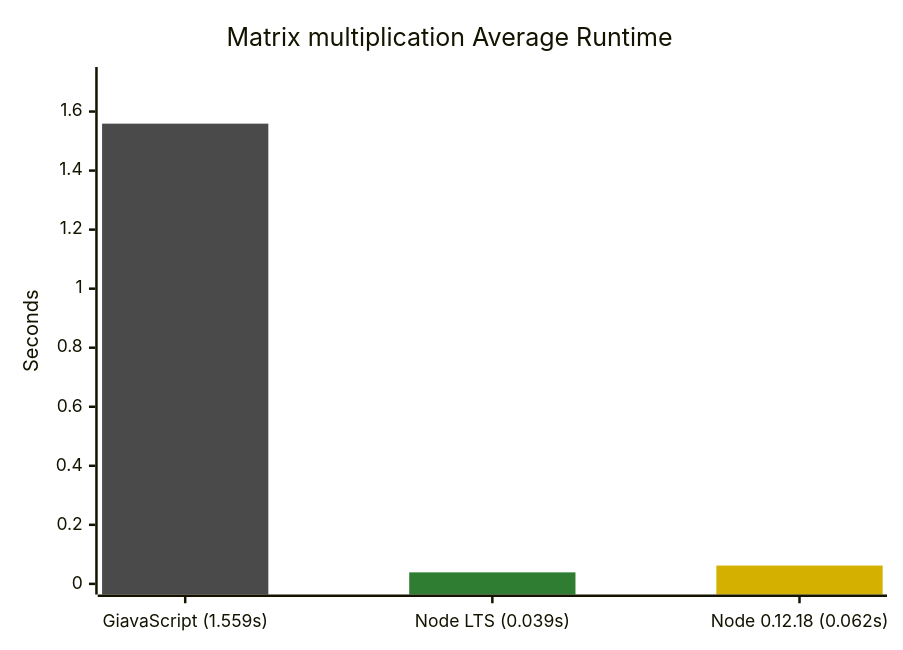
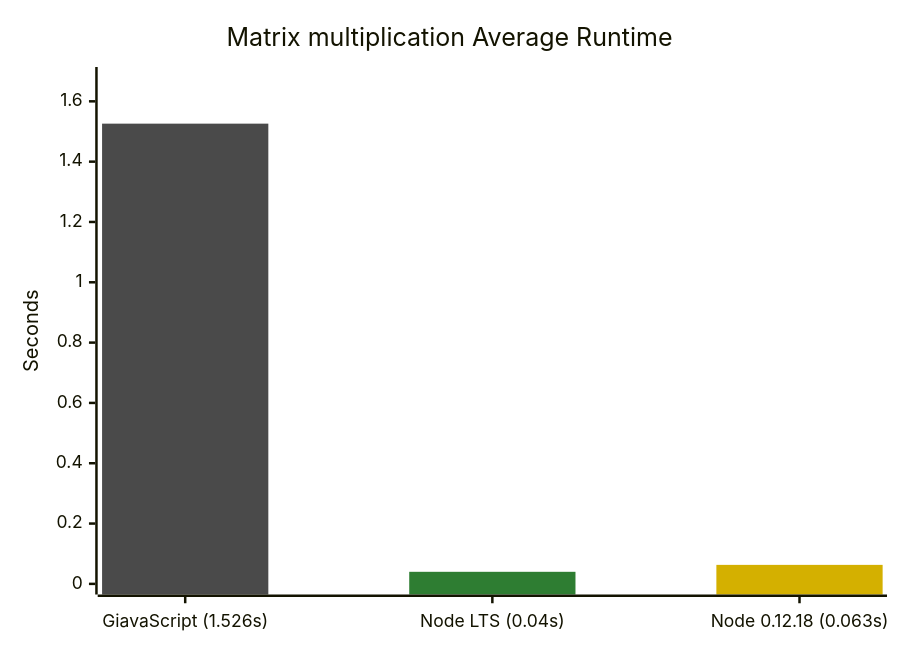
One commit to GiavaScript/GiavaScript changed the second of 5 diagrams in README.md. Above: the diagram before and after it, drawn with Mermaid. The commit also changed other lines of this file and 1 other file, not shown here.

````diff
--- a/README.md
+++ b/README.md
@@ -88,10 +91,10 @@
 ```mermaid
 %%{init: {"themeVariables": {"xyChart": {"plotColorPalette": "#4a4a4a, #2e7d32, #d4b000"}}}}%%
 xychart-beta
     title "Matrix multiplication Average Runtime"
-    x-axis ["GiavaScript (1.559s)", "Node LTS (0.039s)", "Node 0.12.18 (0.062s)"]
-    y-axis "Seconds" 0 --> 1.7149
-    bar [1.559, -1, -1]
-    bar [-1, 0.039, -1]
-    bar [-1, -1, 0.062]
+    x-axis ["GiavaScript (1.526s)", "Node LTS (0.04s)", "Node 0.12.18 (0.063s)"]
+    y-axis "Seconds" 0 --> 1.6786
+    bar [1.526, -1, -1]
+    bar [-1, 0.04, -1]
+    bar [-1, -1, 0.063]
 ```
````
